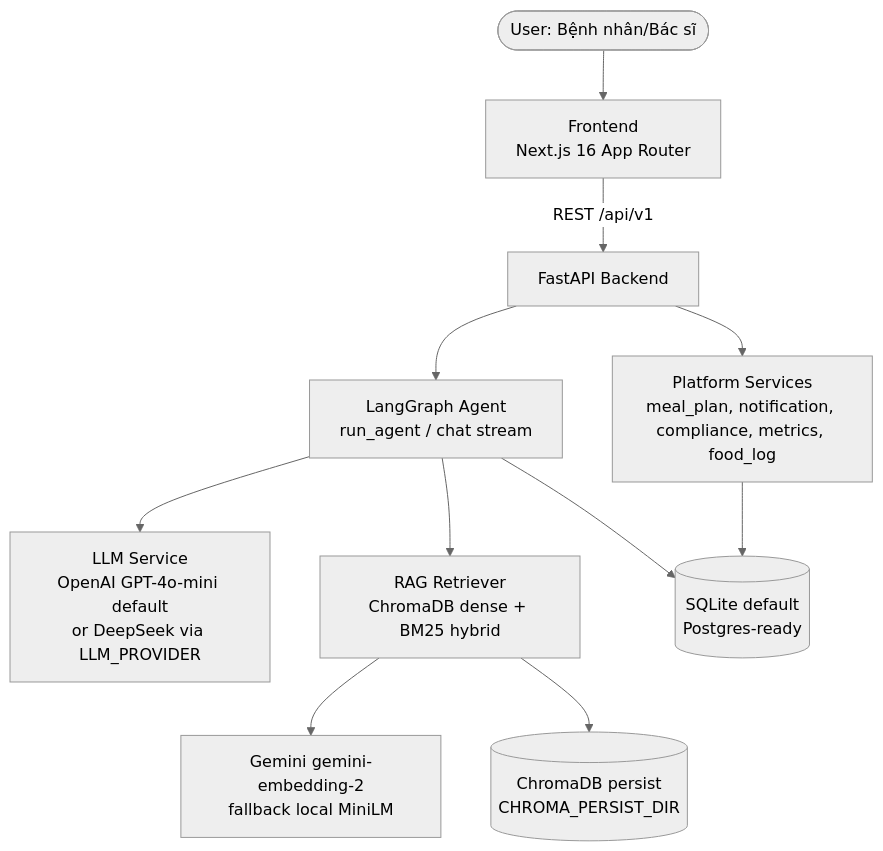
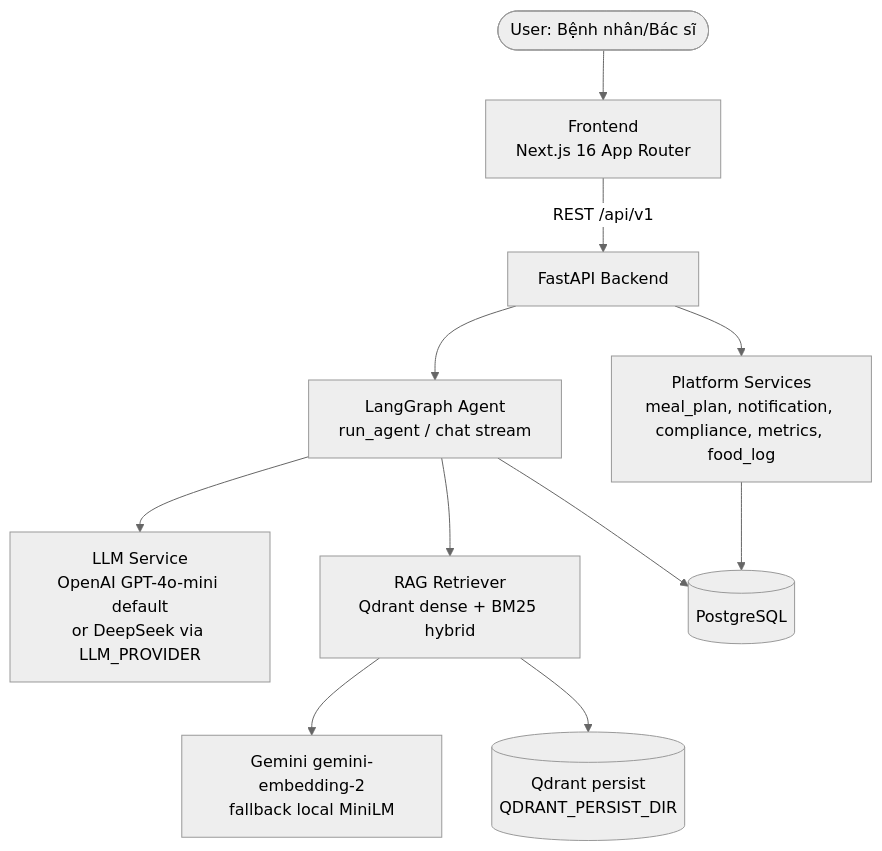
The first of 2 diagrams in docs/architecture_diagram.md (anhdotu0912/mohinhhoa), drawn with Mermaid (neutral theme) before and after one commit. The commit also changed other lines of this file and 26 other files, not shown here.

First line of the commit message:
Tái cấu trúc cấu hình môi trường để chỉ hỗ trợ PostgreSQL và Qdrant

````diff
--- a/docs/architecture_diagram.md
+++ b/docs/architecture_diagram.md
@@ -5,13 +5,13 @@
 ```mermaid
 graph TB
     User([User: Bệnh nhân/Bác sĩ]) --> UI[Frontend<br/>Next.js 16 App Router]
     UI -->|REST /api/v1| API[FastAPI Backend]
     API --> Agent[LangGraph Agent<br/>run_agent / chat stream]
     Agent --> LLM[LLM Service<br/>OpenAI GPT-4o-mini default<br/>or DeepSeek via LLM_PROVIDER]
-    Agent --> RAG[RAG Retriever<br/>ChromaDB dense + BM25 hybrid]
+    Agent --> RAG[RAG Retriever<br/>Qdrant dense + BM25 hybrid]
     RAG --> Embed[Gemini gemini-embedding-2<br/>fallback local MiniLM]
-    Agent --> DB[(SQLite default<br/>Postgres-ready)]
+    Agent --> DB[(PostgreSQL)]
     API --> Services[Platform Services<br/>meal_plan, notification, compliance, metrics, food_log]
     Services --> DB
-    RAG --> VS[(ChromaDB persist<br/>CHROMA_PERSIST_DIR)]
+    RAG --> VS[(Qdrant persist<br/>QDRANT_PERSIST_DIR)]
 ```
````
